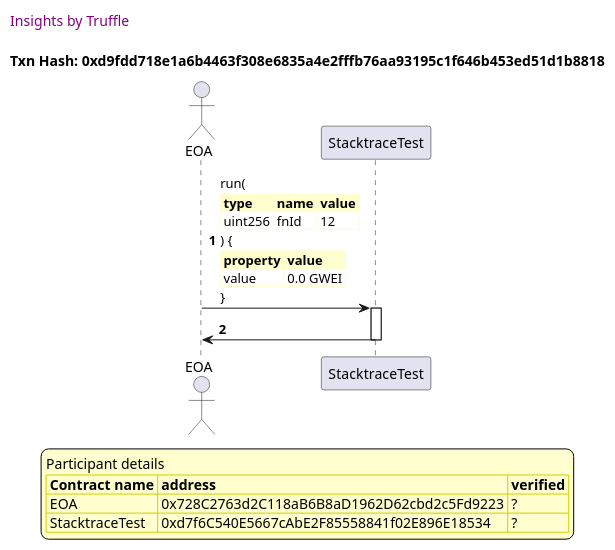
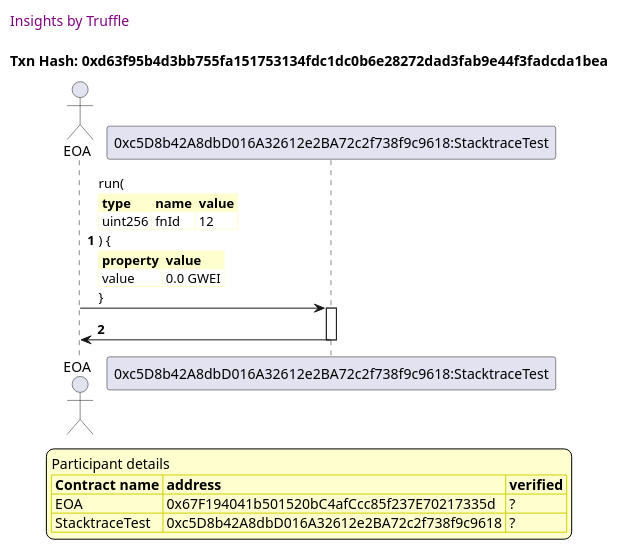
One commit to trufflesuite/txlog-seedlings changed diagram 11 of 11 in truffle-seq/stacktrace.test.md. Above: the diagram before and after it, drawn with PlantUML. The commit also changed other lines of this file and 3 other files, not shown here.

````diff
--- a/truffle-seq/stacktrace.test.md
+++ b/truffle-seq/stacktrace.test.md
@@ -791,48 +791,48 @@
 ```plantuml
 
 
 @startuml
 
 autonumber
 skinparam legendBackgroundColor #FEFECE
 
 <style>
       header {
         HorizontalAlignment left
         FontColor purple
         FontSize 14
         Padding 10
       }
     </style>
 
 header Insights by Truffle
 
-title Txn Hash: 0xd9fdd718e1a6b4463f308e6835a4e2fffb76aa93195c1f646b453ed51d1b8818
+title Txn Hash: 0xd63f95b4d3bb755fa151753134fdc1dc0b6e28272dad3fab9e44f3fadcda1bea
 
 
 actor EOA as "EOA"
 
-participant StacktraceTest as "StacktraceTest"
+participant StacktraceTest as "0xc5D8b42A8dbD016A32612e2BA72c2f738f9c9618:StacktraceTest"
 
 "EOA" -> "StacktraceTest" ++: run(\n\
 <#FEFECE,#FEFECE>|= type |= name |= value |\n\
 | uint256 | fnId | 12 |\n\
 ) {\n\
 <#FEFECE,#FEFECE>|= property |= value|\n\
 | value | 0.0 GWEI |\n\
 }
 
 "StacktraceTest" -> "EOA" --: 
 
 
 
 legend
 Participant details
 <#FEFECE,#D0D000>|= Contract name |= address |= verified |
-<#FEFECE>| EOA | 0x728C2763d2C118aB6B8aD1962D62cbd2c5Fd9223 | ? |
-<#FEFECE>| StacktraceTest | 0xd7f6C540E5667cAbE2F85558841f02E896E18534 | ? |
+<#FEFECE>| EOA | 0x67F194041b501520bC4afCcc85f237E70217335d | ? |
+<#FEFECE>| StacktraceTest | 0xc5D8b42A8dbD016A32612e2BA72c2f738f9c9618 | ? |
 endlegend
 
 
 @enduml
 ```
````
